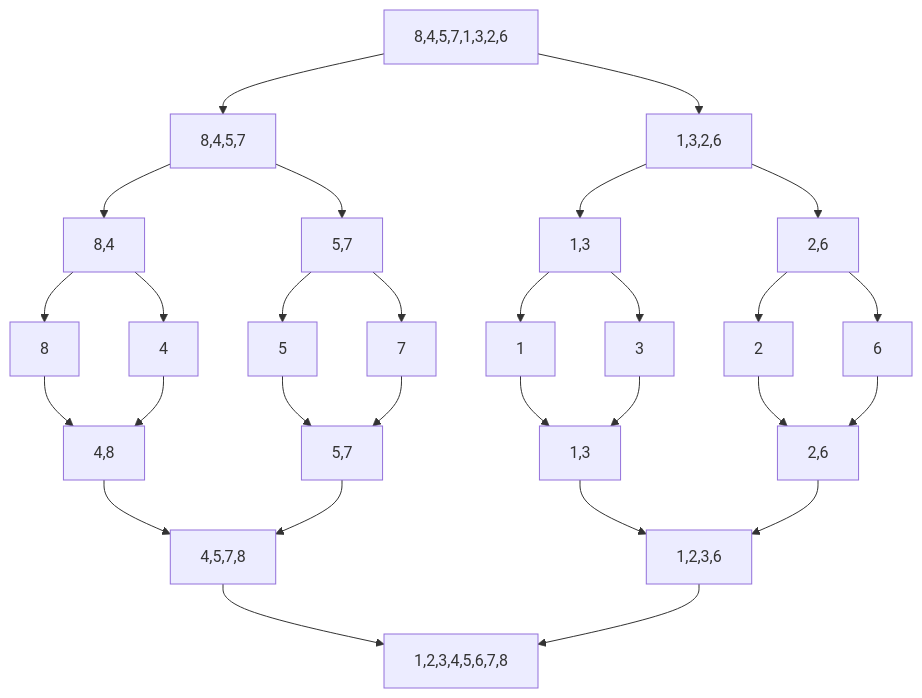
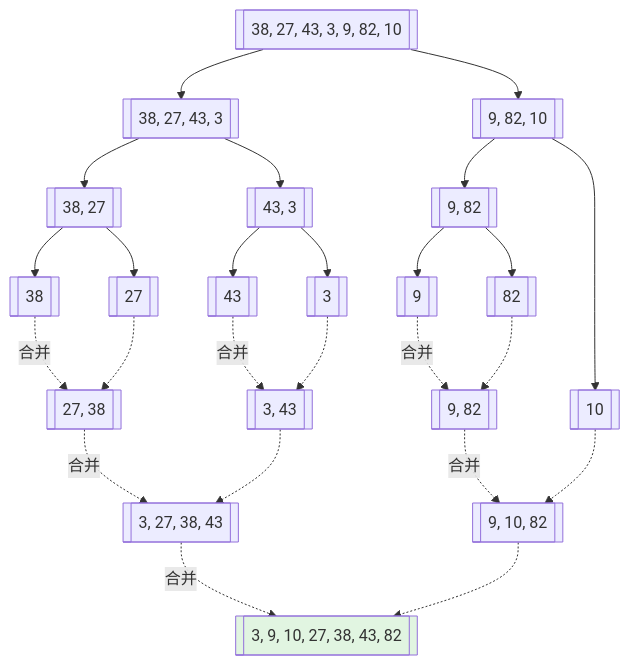
Before and after one commit to AdaMartin18010/FormalAlgorithm: the fifth of 6 diagrams in docs/13-LeetCode算法面试专题/02-算法范式专题/06-分治.md, drawn with Mermaid. The commit also changed other lines of this file and 132 other files, not shown here.

````diff
--- a/docs/13-LeetCode算法面试专题/02-算法范式专题/06-分治.md
+++ b/docs/13-LeetCode算法面试专题/02-算法范式专题/06-分治.md
@@ -490,31 +618,32 @@
 ```mermaid
-flowchart TD
-    A[8,4,5,7,1,3,2,6] --> B[8,4,5,7]
-    A --> C[1,3,2,6]
-    B --> D[8,4]
-    B --> E[5,7]
-    C --> F[1,3]
-    C --> G[2,6]
-    D --> H[8]
-    D --> I[4]
-    E --> J[5]
-    E --> K[7]
-    F --> L[1]
-    F --> M[3]
-    G --> N[2]
-    G --> O[6]
-    H --> P[4,8]
-    I --> P
-    J --> Q[5,7]
-    K --> Q
-    L --> R[1,3]
-    M --> R
-    N --> S[2,6]
-    O --> S
-    P --> T[4,5,7,8]
-    Q --> T
-    R --> U[1,2,3,6]
-    S --> U
-    T --> V[1,2,3,4,5,6,7,8]
-    U --> V
+graph TD
+    A[[38, 27, 43, 3, 9, 82, 10]] --> B[[38, 27, 43, 3]]
+    A --> C[[9, 82, 10]]
+    B --> D[[38, 27]]
+    B --> E[[43, 3]]
+    C --> F[[9, 82]]
+    C --> G[[10]]
+    D --> H[[38]]
+    D --> I[[27]]
+    E --> J[[43]]
+    E --> K[[3]]
+    F --> L[[9]]
+    F --> M[[82]]
+
+    H -.->|合并| N[[27, 38]]
+    I -.-> N
+    J -.->|合并| O[[3, 43]]
+    K -.-> O
+    L -.->|合并| P[[9, 82]]
+    M -.-> P
+
+    N -.->|合并| Q[[3, 27, 38, 43]]
+    O -.-> Q
+    P -.->|合并| R[[9, 10, 82]]
+    G -.-> R
+
+    Q -.->|合并| S[[3, 9, 10, 27, 38, 43, 82]]
+    R -.-> S
+
+    style S fill:#e1f5e1
 ```
````
